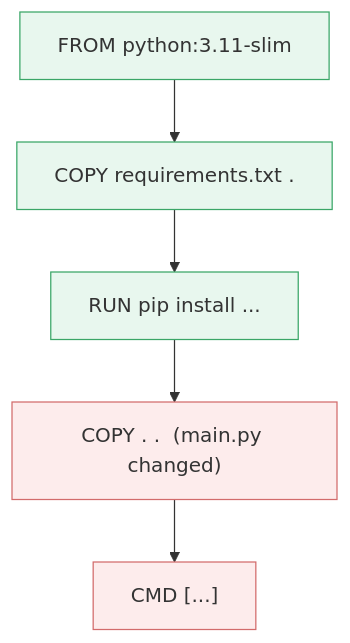
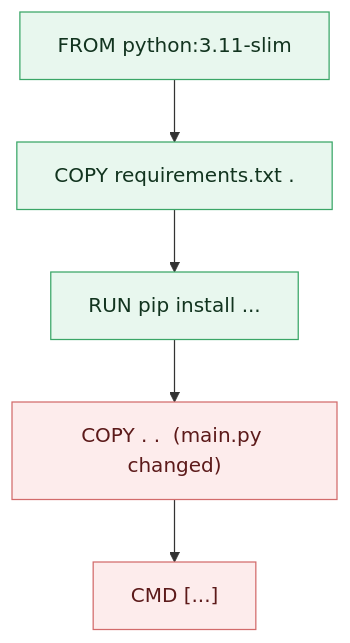
Before and after one commit to LinkedInLearning/docker-for-local-ai-app-development-build-lightweight-containerized-ai-applications-11189001: the third of 3 diagrams in chapter_2/l3/README.md, drawn with Mermaid. The commit also changed other lines of this file and 25 other files, not shown here.

````diff
--- a/chapter_2/l3/README.md
+++ b/chapter_2/l3/README.md
@@ -138,13 +138,13 @@
 ```mermaid
 flowchart TD
     F["FROM python:3.11-slim"] --> C1["COPY requirements.txt ."]
     C1 --> R["RUN pip install ..."]
     R --> C2["COPY . .  (main.py changed)"]
     C2 --> M["CMD [...]"]
 
-    classDef cached  fill:#e8f7ee,stroke:#3aa667,stroke-width:1px;
-    classDef rebuilt fill:#fdecec,stroke:#d26b6b,stroke-width:1px;
+    classDef cached  fill:#e8f7ee,stroke:#3aa667,stroke-width:1px,color:#12341f;
+    classDef rebuilt fill:#fdecec,stroke:#d26b6b,stroke-width:1px,color:#5c1a1a;
 
     class F,C1,R cached
     class C2,M rebuilt
 ```
````
